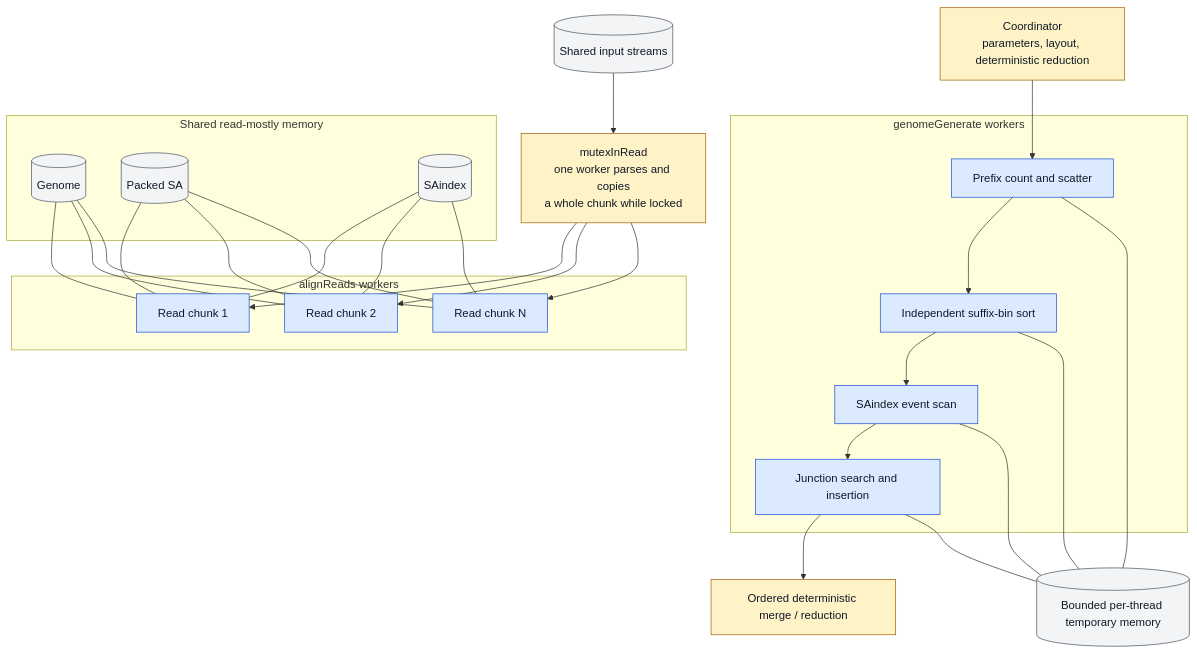
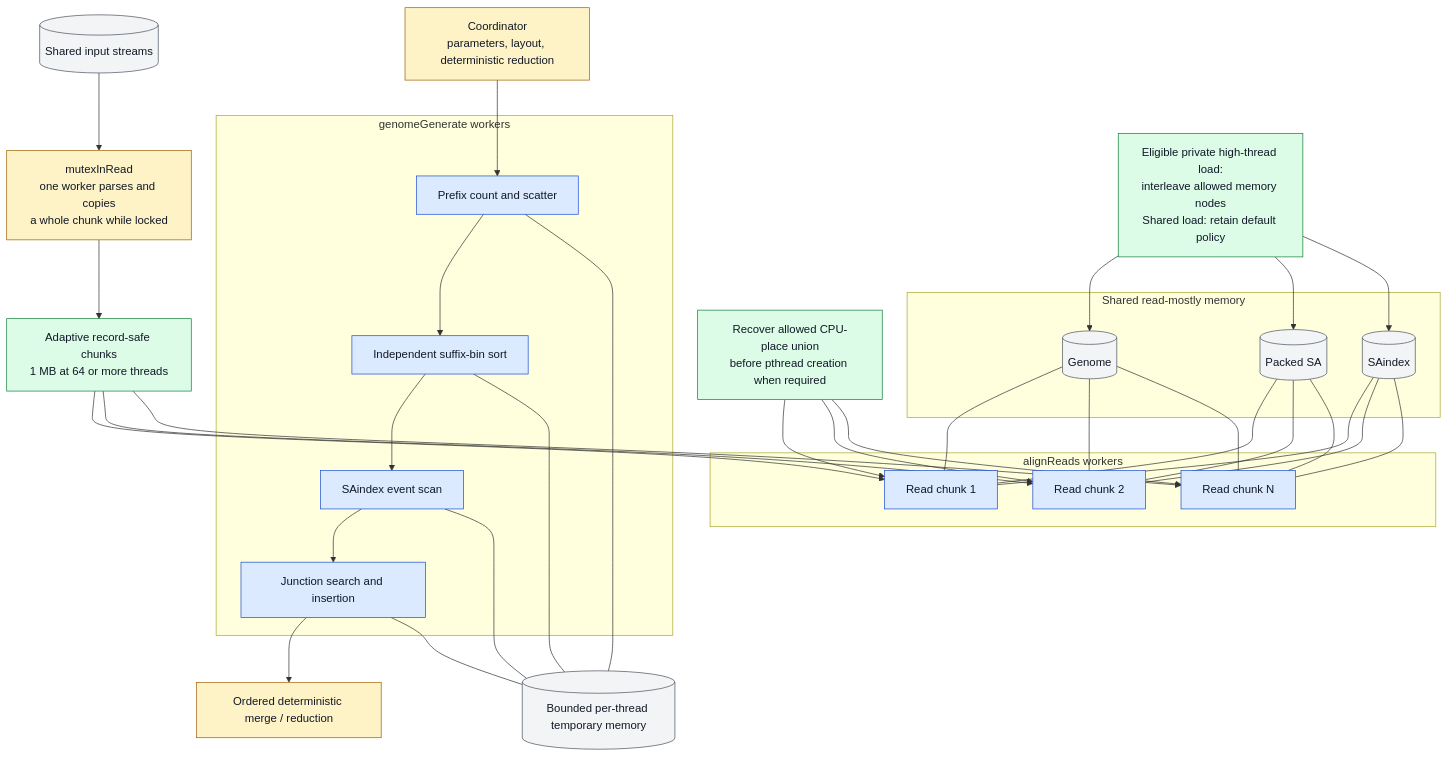
One commit to justinblethrow-cloud/STAR changed the diagram in docs/architecture/diagrams/src/F05-threading-memory.mmd. Above: the diagram before and after it, drawn with Mermaid. The commit also changed 52 other files, not shown here.

```diff
--- a/docs/architecture/diagrams/src/F05-threading-memory.mmd
+++ b/docs/architecture/diagrams/src/F05-threading-memory.mmd
@@ -1,58 +1,68 @@
 flowchart TD
     COORD["Coordinator<br/>parameters, layout, deterministic reduction"]
 
     subgraph BUILD["genomeGenerate workers"]
         B1["Prefix count and scatter"]
         B2["Independent suffix-bin sort"]
         B3["SAindex event scan"]
         B4["Junction search and insertion"]
     end
 
     subgraph ALIGN["alignReads workers"]
         R1["Read chunk 1"]
         R2["Read chunk 2"]
         RN["Read chunk N"]
     end
 
     INPUT[("Shared input streams")]
     INPUTLOCK["mutexInRead<br/>one worker parses and copies<br/>a whole chunk while locked"]
+    CHUNKS["Adaptive record-safe chunks<br/>1 MB at 64 or more threads"]
+    AFFINITY["Recover allowed CPU-place union<br/>before pthread creation when required"]
 
     subgraph MEMORY["Shared read-mostly memory"]
         G[("Genome")]
         SA[("Packed SA")]
         SAI[("SAindex")]
     end
+    PLACEMENT["Eligible private high-thread load:<br/>interleave allowed memory nodes<br/>Shared load: retain default policy"]
 
     TEMP[("Bounded per-thread temporary memory")]
     REDUCE["Ordered deterministic merge / reduction"]
 
     COORD --> B1
     B1 --> B2
     B2 --> B3
     B3 --> B4
     B4 --> REDUCE
     B1 --- TEMP
     B2 --- TEMP
     B3 --- TEMP
     B4 --- TEMP
-    INPUT --> INPUTLOCK
-    INPUTLOCK --> R1
-    INPUTLOCK --> R2
-    INPUTLOCK --> RN
+    INPUT --> INPUTLOCK --> CHUNKS
+    AFFINITY --> R1
+    AFFINITY --> R2
+    AFFINITY --> RN
+    CHUNKS --> R1
+    CHUNKS --> R2
+    CHUNKS --> RN
+    PLACEMENT --> G
+    PLACEMENT --> SA
+    PLACEMENT --> SAI
     G --- R1
     G --- R2
     G --- RN
     SA --- R1
     SA --- R2
     SA --- RN
     SAI --- R1
     SAI --- R2
     SAI --- RN
 
     classDef control fill:#fef3c7,stroke:#a16207,color:#111827;
     classDef worker fill:#dbeafe,stroke:#1d4ed8,color:#111827;
     classDef memory fill:#f3f4f6,stroke:#4b5563,color:#111827;
     classDef accepted fill:#dcfce7,stroke:#15803d,color:#111827;
     class COORD,REDUCE,INPUTLOCK control;
+    class CHUNKS,AFFINITY,PLACEMENT accepted;
     class B1,B2,B3,B4,R1,R2,RN worker;
     class G,SA,SAI,TEMP,INPUT memory;
```
